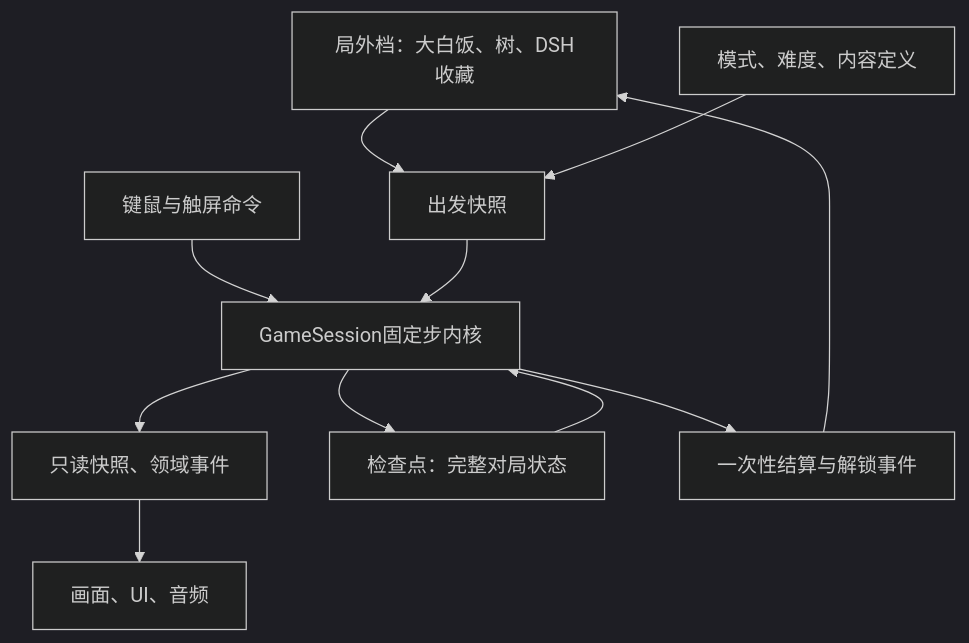
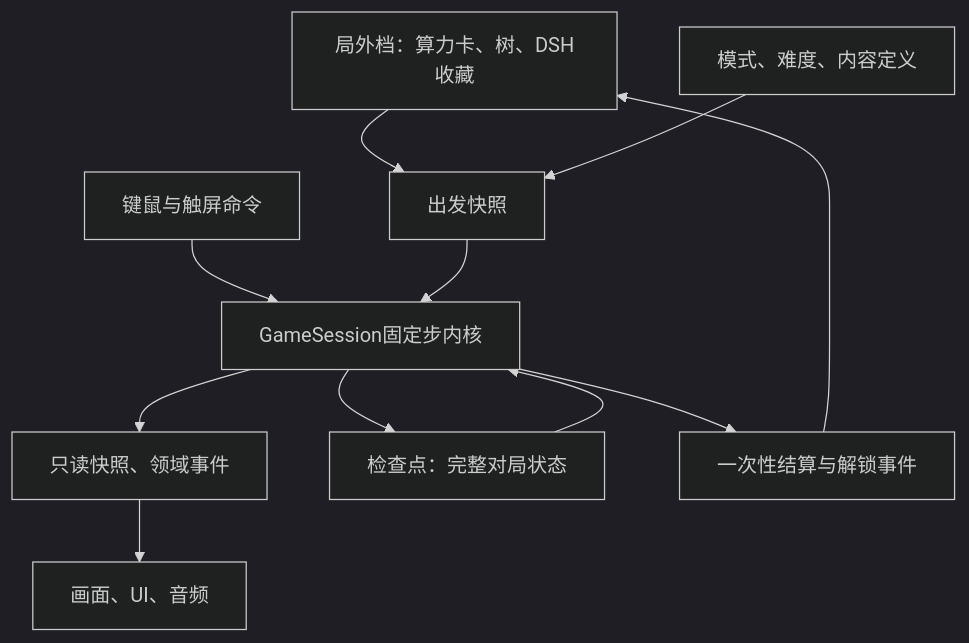
Before and after one commit to victorzhong0110/big-fat-fish: the diagram in docs/design-v2/06-implementation.md, drawn with Mermaid (dark theme). The commit also changed other lines of this file and 6 other files, not shown here.

Commit message:
docs: name run XP 大白饭 (Token) and permanent skill currency 算力卡 (GPU)

````diff
--- a/docs/design-v2/06-implementation.md
+++ b/docs/design-v2/06-implementation.md
@@ -13,13 +13,13 @@
 ```mermaid
 flowchart TD
-  Profile["局外档：大白饭、树、DSH收藏"] --> Start["出发快照"]
+  Profile["局外档：算力卡、树、DSH收藏"] --> Start["出发快照"]
   Definitions["模式、难度、内容定义"] --> Start
   Input["键鼠与触屏命令"] --> Core["GameSession固定步内核"]
   Start --> Core
   Core --> View["只读快照、领域事件"]
   View --> Presentation["画面、UI、音频"]
   Core --> Checkpoint["检查点：完整对局状态"]
   Checkpoint --> Core
   Core --> Settlement["一次性结算与解锁事件"]
   Settlement --> Profile
 ```
````
